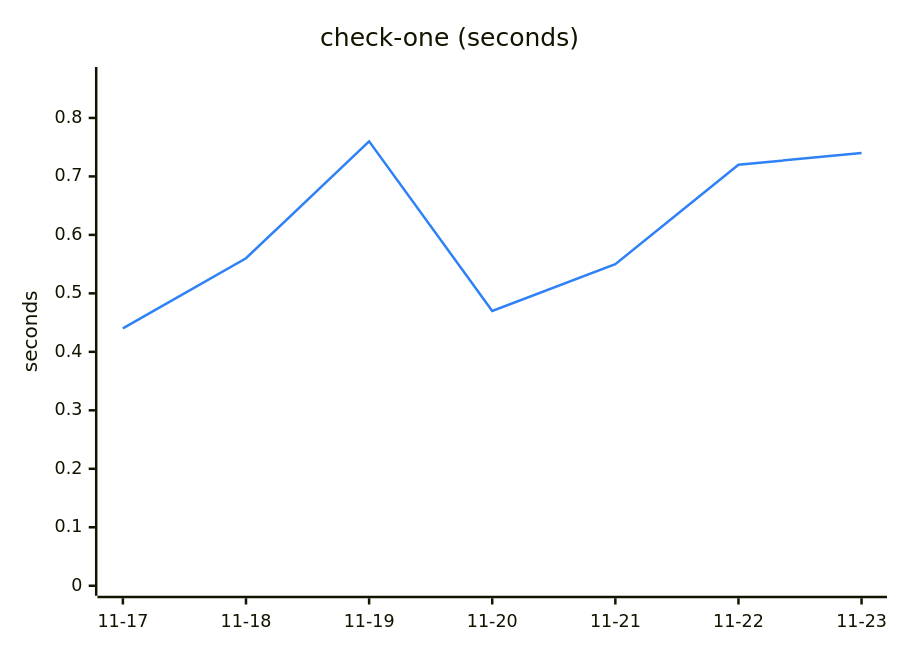
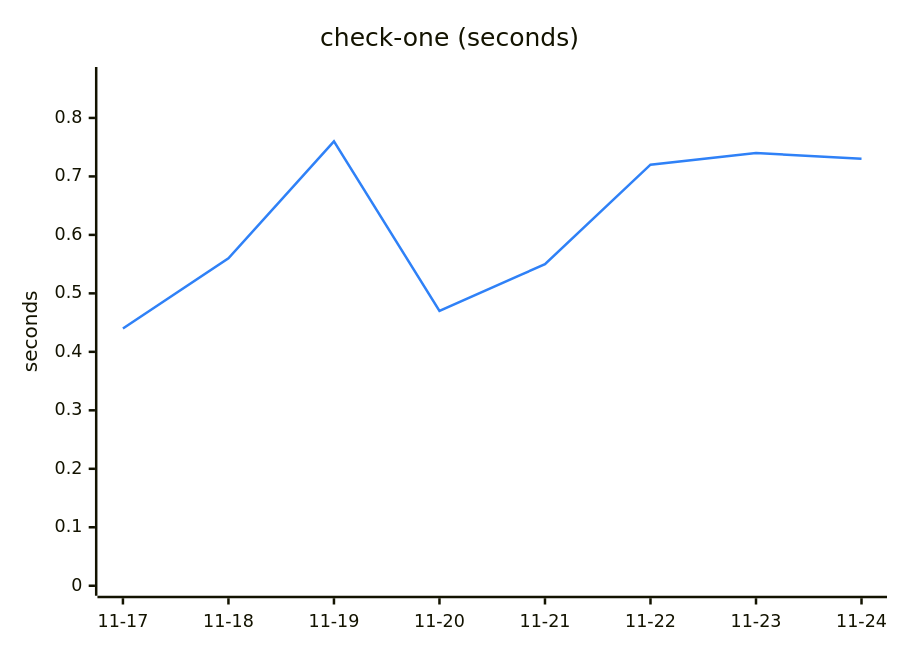
Before and after one commit to Ricovl/mxcli: the fourth of 6 diagrams in TREND.md, drawn with Mermaid. The commit also changed other lines of this file and 2 other files, not shown here.

````diff
--- a/TREND.md
+++ b/TREND.md
@@ -97,13 +97,13 @@
 ```mermaid
 ---
 config:
   themeVariables:
     xyChart:
       plotColorPalette: "#2f81f7"
 ---
 xychart-beta
     title "check-one (seconds)"
-    x-axis ["11-17", "11-18", "11-19", "11-20", "11-21", "11-22", "11-23"]
+    x-axis ["11-17", "11-18", "11-19", "11-20", "11-21", "11-22", "11-23", "11-24"]
     y-axis "seconds" 0 --> 0.87
-    line [0.44, 0.56, 0.76, 0.47, 0.55, 0.72, 0.74]
+    line [0.44, 0.56, 0.76, 0.47, 0.55, 0.72, 0.74, 0.73]
 ```
````
